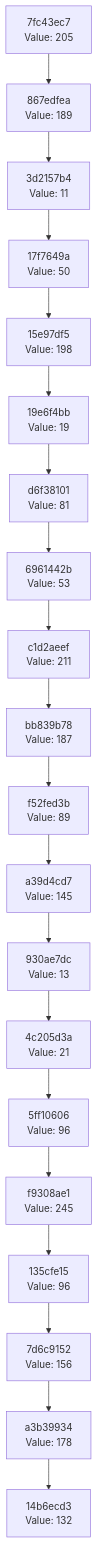
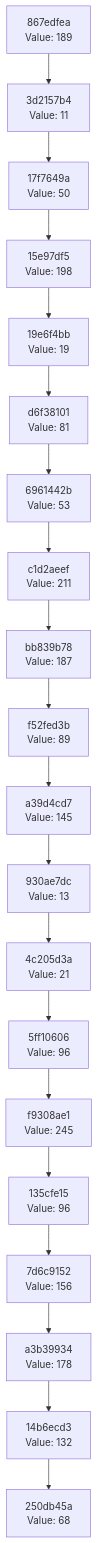
The diagram in docs/CHAIN_VISUALIZATION.md (Abhisheksinha1506/hash-chain-evolver), drawn with Mermaid before and after one commit. The commit also changed 2 other files, not shown here.

Commit message:
Evolution Step

````diff
--- a/docs/CHAIN_VISUALIZATION.md
+++ b/docs/CHAIN_VISUALIZATION.md
@@ -3,42 +3,42 @@
 ```mermaid
 graph TD
-    C0["14b6ecd3<br/>Value: 132"]
-    C1["a3b39934<br/>Value: 178"]
+    C0["250db45a<br/>Value: 68"]
+    C1["14b6ecd3<br/>Value: 132"]
     C1 --> C0
-    C2["7d6c9152<br/>Value: 156"]
+    C2["a3b39934<br/>Value: 178"]
     C2 --> C1
-    C3["135cfe15<br/>Value: 96"]
+    C3["7d6c9152<br/>Value: 156"]
     C3 --> C2
-    C4["f9308ae1<br/>Value: 245"]
+    C4["135cfe15<br/>Value: 96"]
     C4 --> C3
-    C5["5ff10606<br/>Value: 96"]
+    C5["f9308ae1<br/>Value: 245"]
     C5 --> C4
-    C6["4c205d3a<br/>Value: 21"]
+    C6["5ff10606<br/>Value: 96"]
     C6 --> C5
-    C7["930ae7dc<br/>Value: 13"]
+    C7["4c205d3a<br/>Value: 21"]
     C7 --> C6
-    C8["a39d4cd7<br/>Value: 145"]
+    C8["930ae7dc<br/>Value: 13"]
     C8 --> C7
-    C9["f52fed3b<br/>Value: 89"]
+    C9["a39d4cd7<br/>Value: 145"]
     C9 --> C8
-    C10["bb839b78<br/>Value: 187"]
+    C10["f52fed3b<br/>Value: 89"]
     C10 --> C9
-    C11["c1d2aeef<br/>Value: 211"]
+    C11["bb839b78<br/>Value: 187"]
     C11 --> C10
-    C12["6961442b<br/>Value: 53"]
+    C12["c1d2aeef<br/>Value: 211"]
     C12 --> C11
-    C13["d6f38101<br/>Value: 81"]
+    C13["6961442b<br/>Value: 53"]
     C13 --> C12
-    C14["19e6f4bb<br/>Value: 19"]
+    C14["d6f38101<br/>Value: 81"]
     C14 --> C13
-    C15["15e97df5<br/>Value: 198"]
+    C15["19e6f4bb<br/>Value: 19"]
     C15 --> C14
-    C16["17f7649a<br/>Value: 50"]
+    C16["15e97df5<br/>Value: 198"]
     C16 --> C15
-    C17["3d2157b4<br/>Value: 11"]
+    C17["17f7649a<br/>Value: 50"]
     C17 --> C16
-    C18["867edfea<br/>Value: 189"]
+    C18["3d2157b4<br/>Value: 11"]
     C18 --> C17
-    C19["7fc43ec7<br/>Value: 205"]
+    C19["867edfea<br/>Value: 189"]
     C19 --> C18
 ```
````
